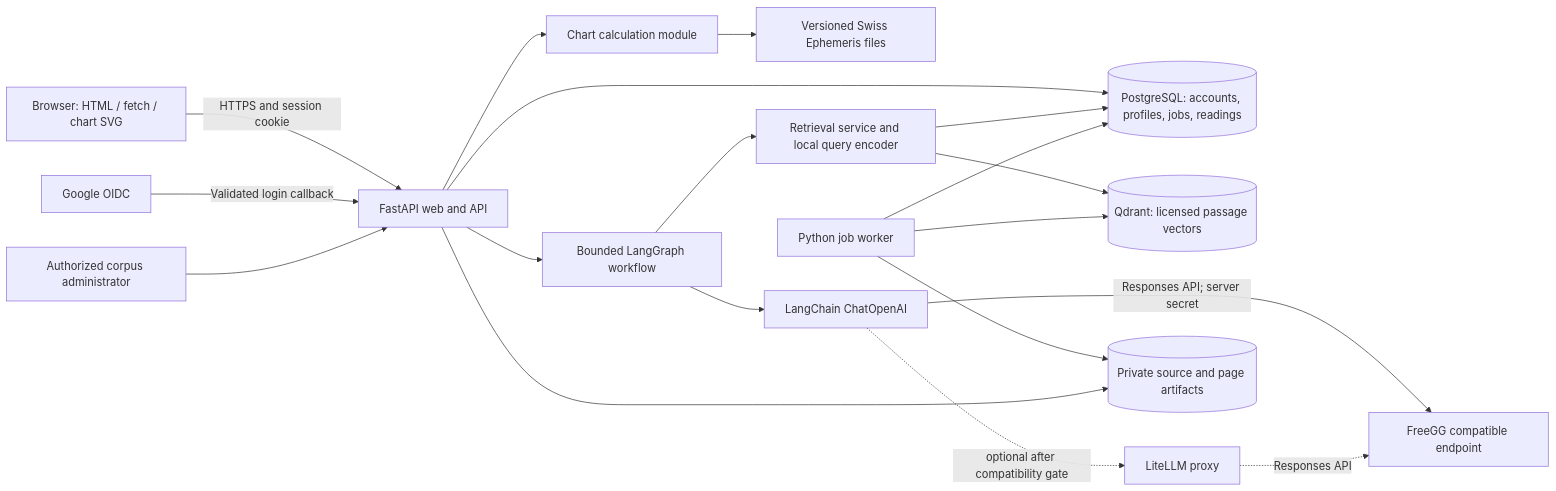
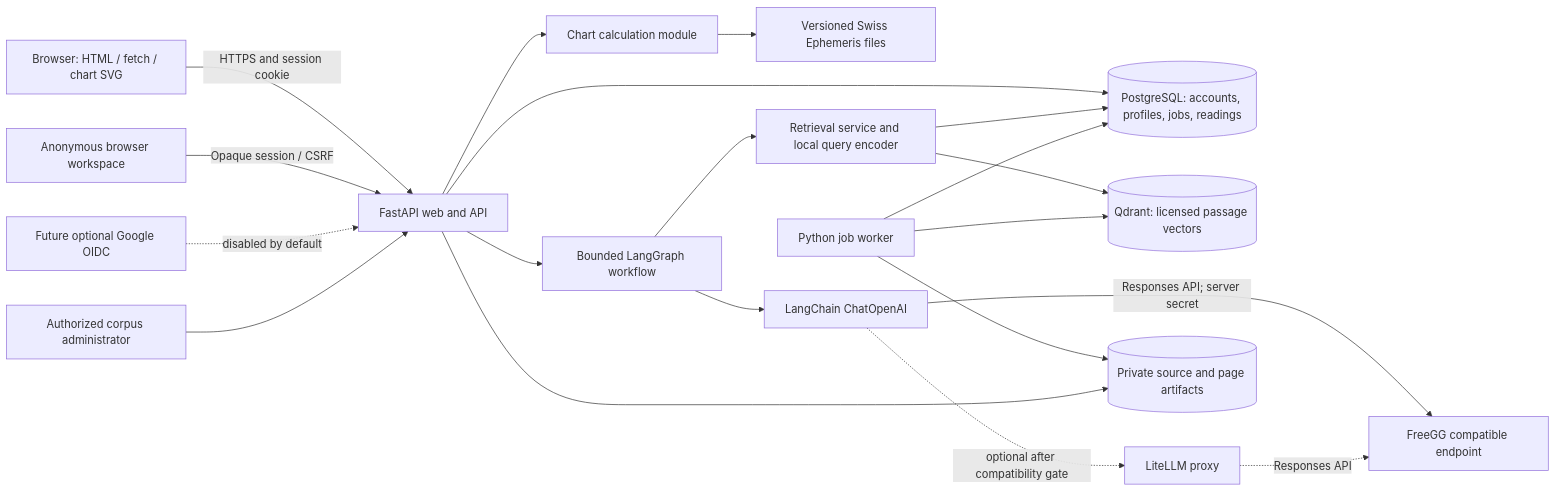
One commit to sandeshbagmare/astrology-evidence changed the first of 2 diagrams in context/03-architecture.md. Above: the diagram before and after it, drawn with Mermaid. The commit also changed other lines of this file and 20 other files, not shown here.

````diff
--- a/context/03-architecture.md
+++ b/context/03-architecture.md
@@ -11,21 +11,22 @@
 ```mermaid
 flowchart LR
     Browser[Browser: HTML / fetch / chart SVG] -->|HTTPS and session cookie| Web[FastAPI web and API]
-    Google[Google OIDC] -->|Validated login callback| Web
+    Guest[Anonymous browser workspace] -->|Opaque session / CSRF| Web
+    Google[Future optional Google OIDC] -. disabled by default .-> Web
     Web --> DB[(PostgreSQL: accounts, profiles, jobs, readings)]
     Web --> Calc[Chart calculation module]
     Calc --> Eph[Versioned Swiss Ephemeris files]
     Web --> Workflow[Bounded LangGraph workflow]
     Workflow --> Retrieve[Retrieval service and local query encoder]
     Retrieve --> Q[(Qdrant: licensed passage vectors)]
     Retrieve --> DB
     Workflow --> LC[LangChain ChatOpenAI]
     LC -->|Responses API; server secret| Provider[FreeGG compatible endpoint]
     LC -. optional after compatibility gate .-> Gateway[LiteLLM proxy]
     Gateway -. Responses API .-> Provider
     Admin[Authorized corpus administrator] --> Web
     Worker[Python job worker] --> DB
     Worker --> Objects[(Private source and page artifacts)]
     Worker --> Q
     Web --> Objects
 ```
````
